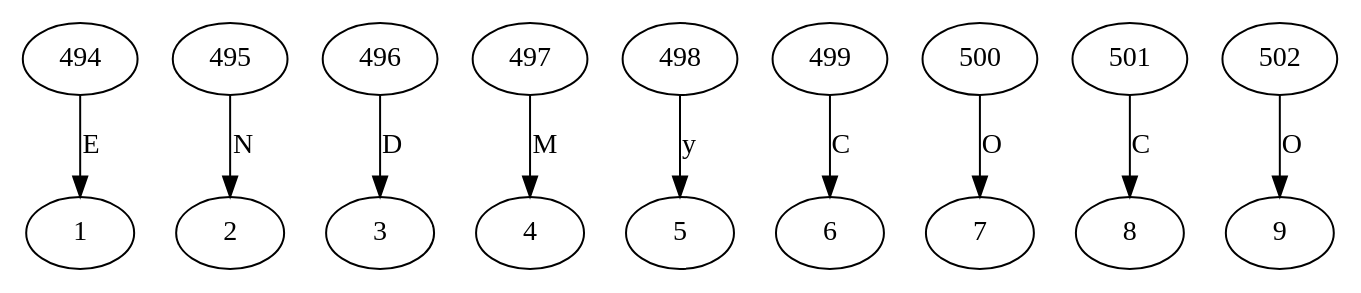
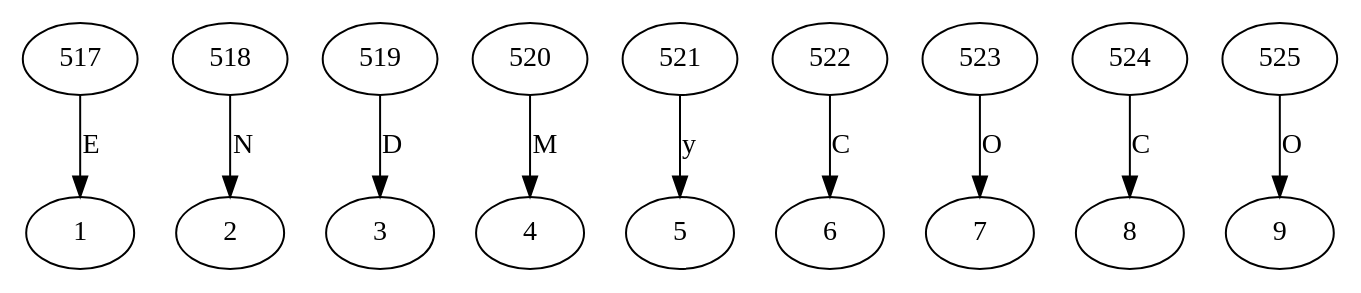
One commit to JUMPSTONIK/Proyecto---Compiladores changed the diagram in AFDENDMyCOC.dot. Above: the diagram before and after it, drawn with Graphviz. The commit also changed 38 other files, not shown here.

```diff
--- a/AFDENDMyCOC.dot
+++ b/AFDENDMyCOC.dot
@@ -1,11 +1,11 @@
 digraph G{
-494 -> 1 [label="E"]
-495 -> 2 [label="N"]
-496 -> 3 [label="D"]
-497 -> 4 [label="M"]
-498 -> 5 [label="y"]
-499 -> 6 [label="C"]
-500 -> 7 [label="O"]
-501 -> 8 [label="C"]
-502 -> 9 [label="O"]
+517 -> 1 [label="E"]
+518 -> 2 [label="N"]
+519 -> 3 [label="D"]
+520 -> 4 [label="M"]
+521 -> 5 [label="y"]
+522 -> 6 [label="C"]
+523 -> 7 [label="O"]
+524 -> 8 [label="C"]
+525 -> 9 [label="O"]
 }
```
